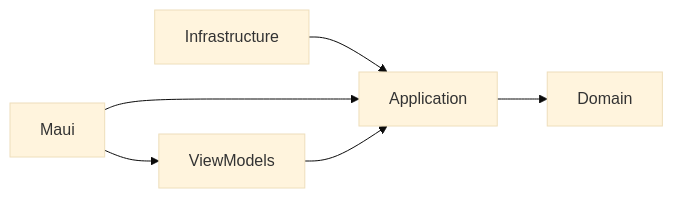
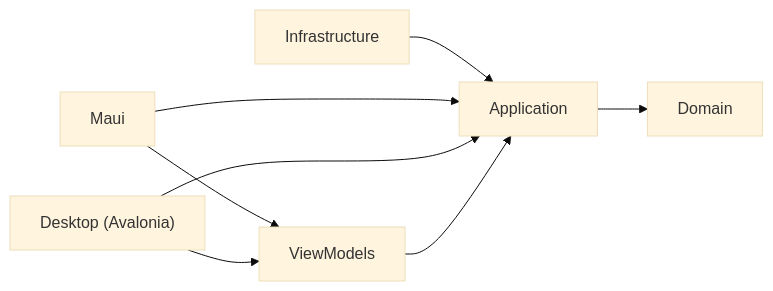
The diagram in Readme.md (Zergoma/XyloType), drawn with Mermaid (base theme) before and after one commit. The commit also changed other lines of this file and 76 other files, not shown here.

First line of the commit message:
feat: Desktop version of XyloType with Avalonia

````diff
--- a/Readme.md
+++ b/Readme.md
@@ -97,16 +125,19 @@
 ```mermaid
 flowchart LR
 
 Domain["Domain"]
 Application["Application"]
 UI["Maui"]
+Desktop["Desktop (Avalonia)"]
 ViewModels["ViewModels"]
 Infrastucture["Infrastructure"]
 
 Infrastucture --> Application
 UI ---> Application
 UI --> ViewModels
+Desktop ---> Application
+Desktop --> ViewModels
 ViewModels --> Application
 Application --> Domain
 
 ```
````
